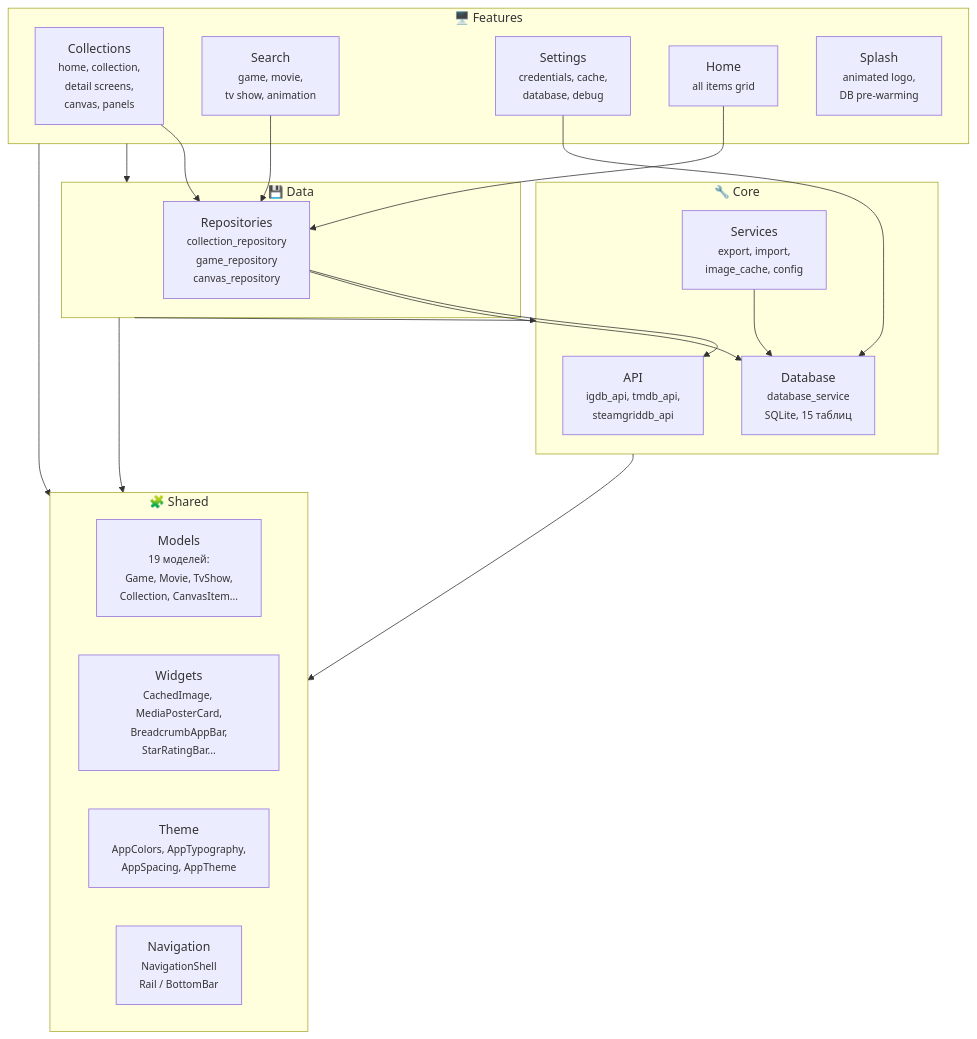
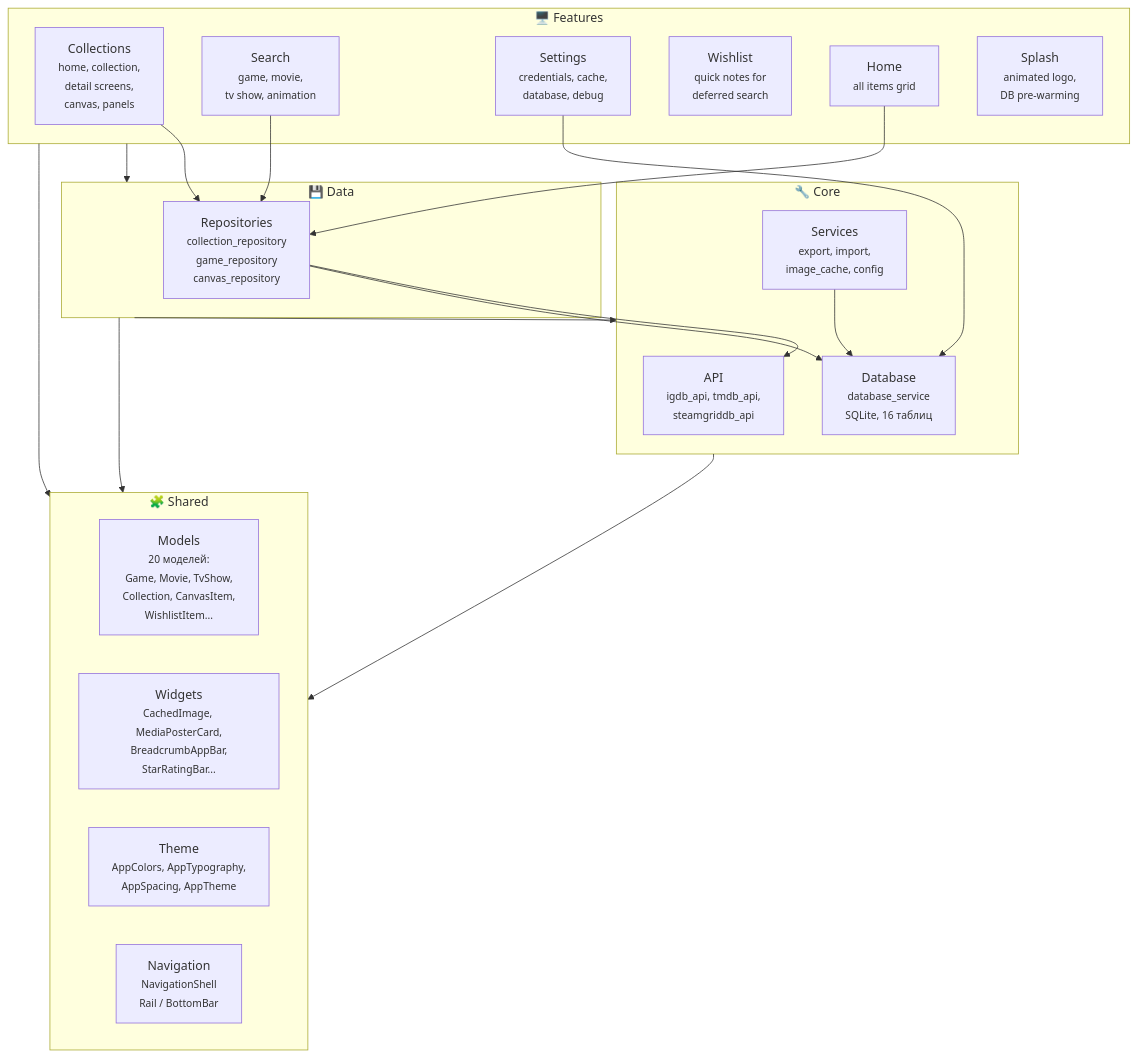
The first of 2 diagrams in docs/ARCHITECTURE.md (hacan359/tonkatsu_box), drawn with Mermaid before and after one commit. The commit also changed other lines of this file and 19 other files, not shown here.

First line of the commit message:
Wishlist feature: quick notes for deferred content search

````diff
--- a/docs/ARCHITECTURE.md
+++ b/docs/ARCHITECTURE.md
@@ -24,41 +24,42 @@
 ```mermaid
 graph TB
     subgraph core ["🔧 Core"]
         api["API<br/><small>igdb_api, tmdb_api,<br/>steamgriddb_api</small>"]
-        database["Database<br/><small>database_service<br/>SQLite, 15 таблиц</small>"]
+        database["Database<br/><small>database_service<br/>SQLite, 16 таблиц</small>"]
         services["Services<br/><small>export, import,<br/>image_cache, config</small>"]
     end
 
     subgraph data ["💾 Data"]
         repositories["Repositories<br/><small>collection_repository<br/>game_repository<br/>canvas_repository</small>"]
     end
 
     subgraph features ["🖥️ Features"]
         collections["Collections<br/><small>home, collection,<br/>detail screens,<br/>canvas, panels</small>"]
         search["Search<br/><small>game, movie,<br/>tv show, animation</small>"]
         settings["Settings<br/><small>credentials, cache,<br/>database, debug</small>"]
+        wishlist["Wishlist<br/><small>quick notes for<br/>deferred search</small>"]
         home["Home<br/><small>all items grid</small>"]
         splash["Splash<br/><small>animated logo,<br/>DB pre-warming</small>"]
     end
 
     subgraph shared ["🧩 Shared"]
-        models["Models<br/><small>19 моделей:<br/>Game, Movie, TvShow,<br/>Collection, CanvasItem...</small>"]
+        models["Models<br/><small>20 моделей:<br/>Game, Movie, TvShow,<br/>Collection, CanvasItem,<br/>WishlistItem...</small>"]
         widgets["Widgets<br/><small>CachedImage, MediaPosterCard,<br/>BreadcrumbAppBar,<br/>StarRatingBar...</small>"]
         theme["Theme<br/><small>AppColors, AppTypography,<br/>AppSpacing, AppTheme</small>"]
         navigation["Navigation<br/><small>NavigationShell<br/>Rail / BottomBar</small>"]
     end
 
     features --> data
     features --> shared
     data --> core
     data --> shared
     core --> shared
 
     collections --> repositories
     search --> repositories
     settings --> database
     home --> repositories
     repositories --> api
     repositories --> database
     services --> database
 ```
````
